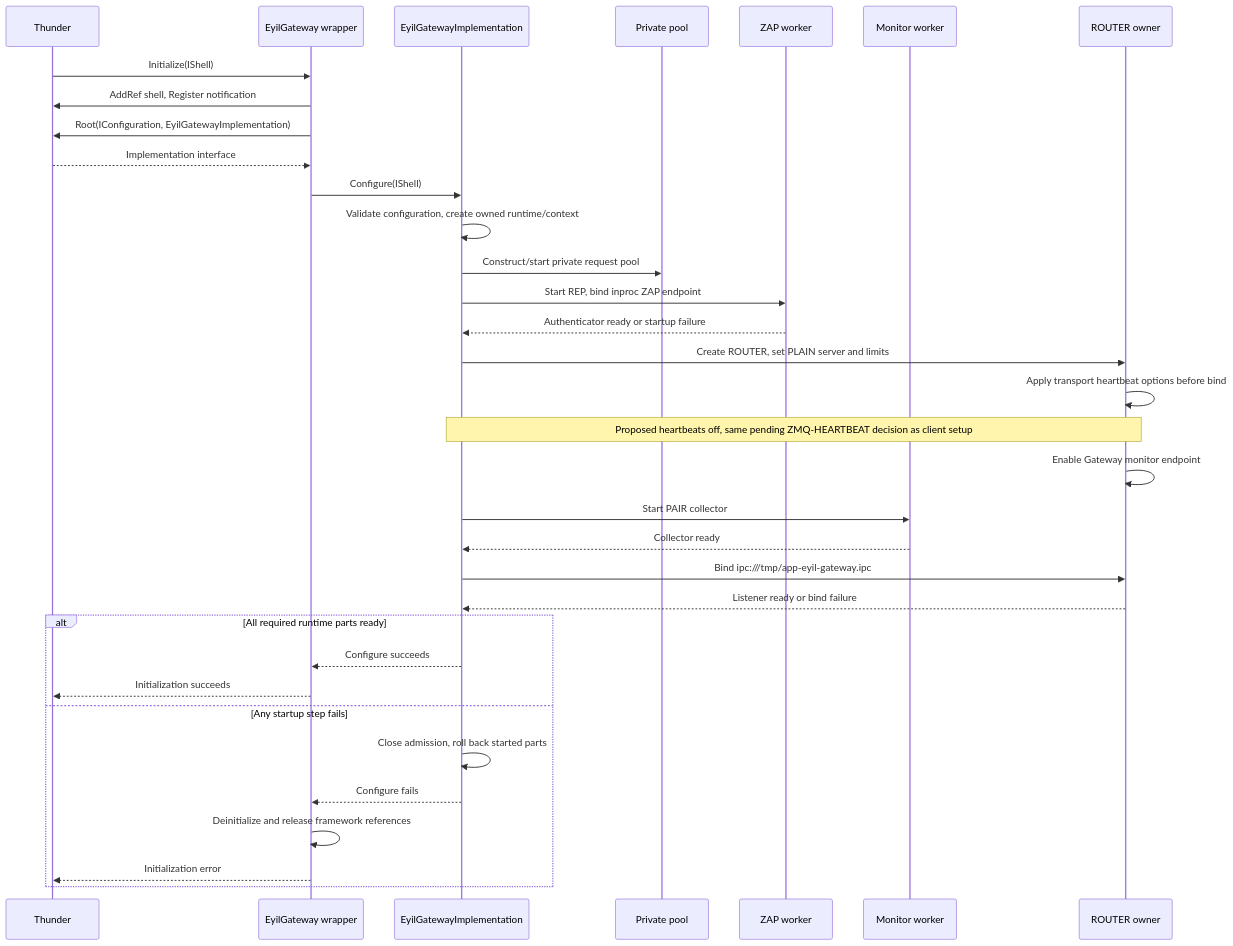
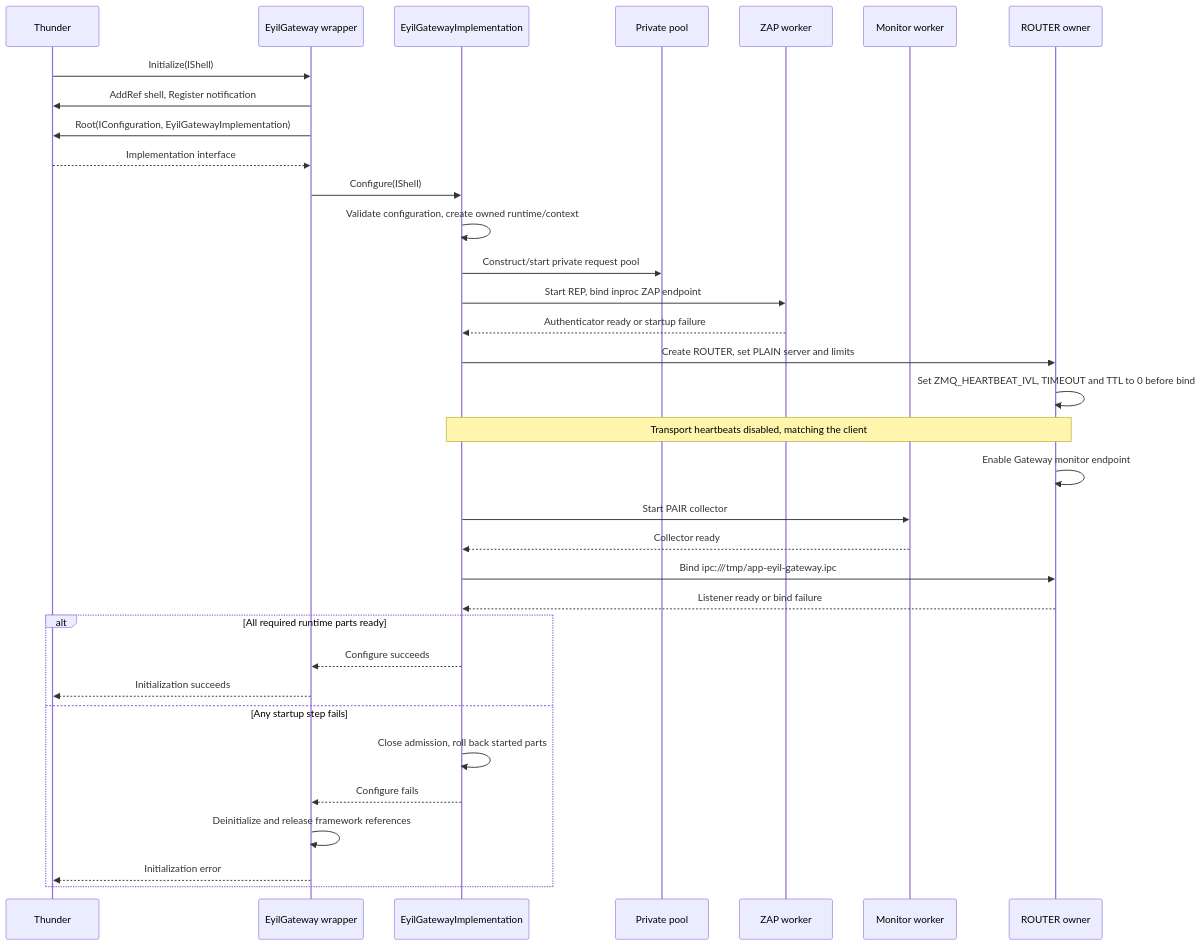
Diagram 15 of 29 in doc/EyilSecureGateway.md (rdkcentral/eyil-secure-gateway), drawn with Mermaid before and after one commit. The commit also changed other lines of this file, not shown here.

````diff
--- a/doc/EyilSecureGateway.md
+++ b/doc/EyilSecureGateway.md
@@ -1904,36 +1979,36 @@
 ```mermaid
 sequenceDiagram
     participant T as Thunder
     participant P as EyilGateway wrapper
     participant I as EyilGatewayImplementation
     participant W as Private pool
     participant Z as ZAP worker
     participant M as Monitor worker
     participant R as ROUTER owner
     T->>P: Initialize(IShell)
     P->>T: AddRef shell, Register notification
     P->>T: Root(IConfiguration, EyilGatewayImplementation)
     T-->>P: Implementation interface
     P->>I: Configure(IShell)
     I->>I: Validate configuration, create owned runtime/context
     I->>W: Construct/start private request pool
     I->>Z: Start REP, bind inproc ZAP endpoint
     Z-->>I: Authenticator ready or startup failure
     I->>R: Create ROUTER, set PLAIN server and limits
-    R->>R: Apply transport heartbeat options before bind
-    Note over I,R: Proposed heartbeats off, same pending ZMQ-HEARTBEAT decision as client setup
+    R->>R: Set ZMQ_HEARTBEAT_IVL, TIMEOUT and TTL to 0 before bind
+    Note over I,R: Transport heartbeats disabled, matching the client
     R->>R: Enable Gateway monitor endpoint
     I->>M: Start PAIR collector
     M-->>I: Collector ready
     I->>R: Bind ipc:///tmp/app-eyil-gateway.ipc
     R-->>I: Listener ready or bind failure
     alt All required runtime parts ready
         I-->>P: Configure succeeds
         P-->>T: Initialization succeeds
     else Any startup step fails
         I->>I: Close admission, roll back started parts
         I-->>P: Configure fails
         P->>P: Deinitialize and release framework references
         P-->>T: Initialization error
     end
 ```
````
